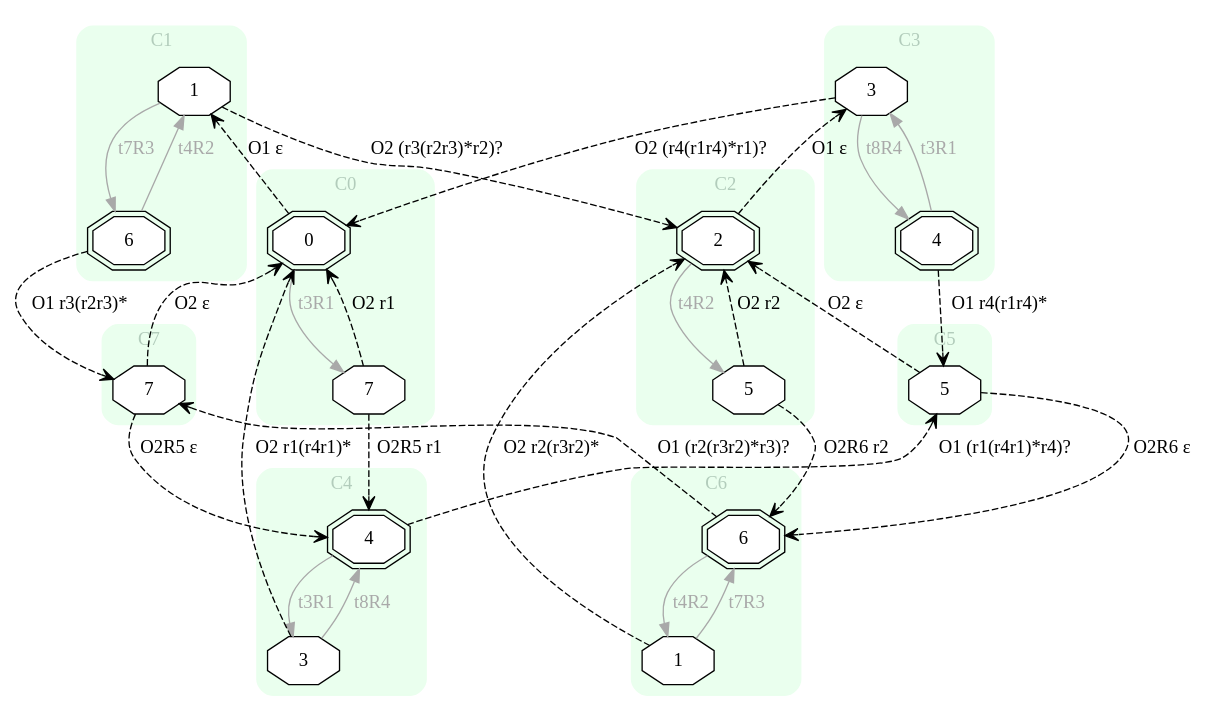
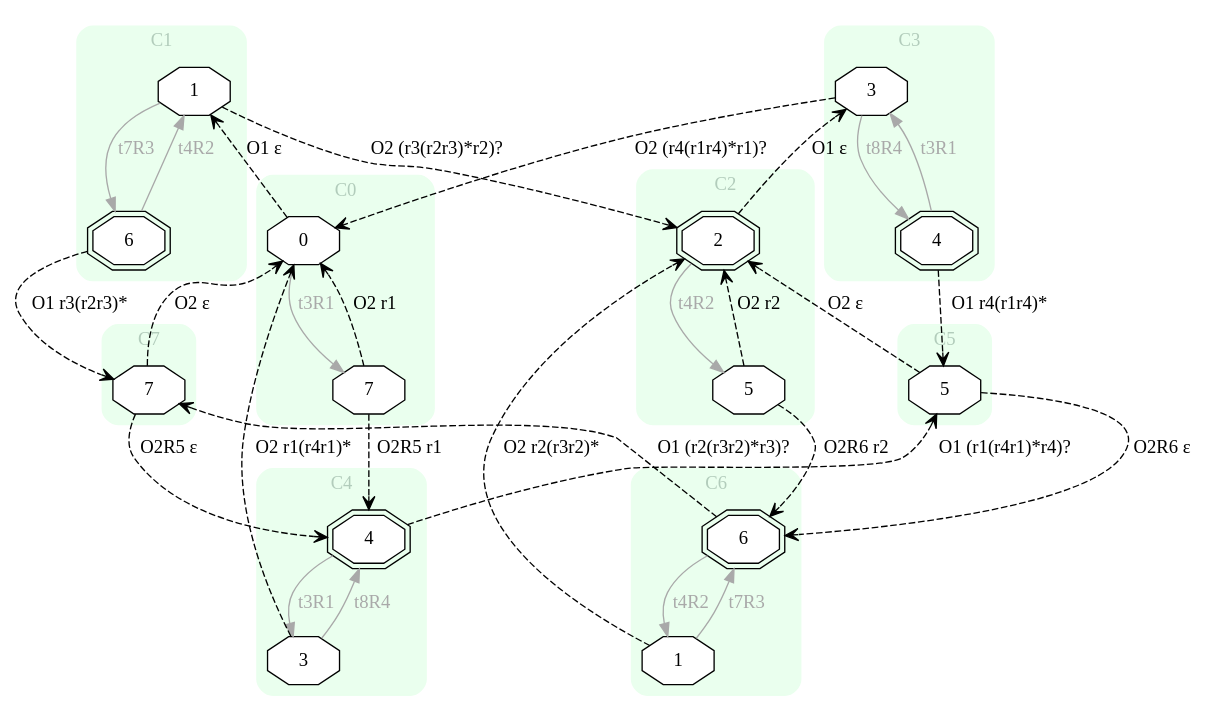
The diagram in input/s2_EXP.dot (Stefano-BS/Explanatory-Diagnosis), drawn with Graphviz before and after one commit. The commit also changed 35 other files, not shown here.

```diff
--- a/input/s2_EXP.dot
+++ b/input/s2_EXP.dot
@@ -1,77 +1,77 @@
 digraph "EXPinput/s2" {
 node [style=filled fillcolor=white]
 subgraph cluster0 {
 style="rounded,filled" label="C0" fontcolor="#B2CCBB" color="#EAFFEE"
 edge[color=darkgray fontcolor=darkgray]
-node [shape=doubleoctagon]; C0S0 [label=0];
+node [shape=octagon]; C0S0 [label=0];
 node [shape=octagon]; C0S7 [label=7];
 C0S0 -> C0S7 [label=t3R1]
 }
 subgraph cluster1 {
 style="rounded,filled" label="C1" fontcolor="#B2CCBB" color="#EAFFEE"
 edge[color=darkgray fontcolor=darkgray]
 node [shape=octagon]; C1S1 [label=1];
 node [shape=doubleoctagon]; C1S6 [label=6];
 C1S1 -> C1S6 [label=t7R3]
 C1S6 -> C1S1 [label=t4R2]
 }
 subgraph cluster2 {
 style="rounded,filled" label="C2" fontcolor="#B2CCBB" color="#EAFFEE"
 edge[color=darkgray fontcolor=darkgray]
 node [shape=doubleoctagon]; C2S2 [label=2];
 node [shape=octagon]; C2S5 [label=5];
 C2S2 -> C2S5 [label=t4R2]
 }
 subgraph cluster3 {
 style="rounded,filled" label="C3" fontcolor="#B2CCBB" color="#EAFFEE"
 edge[color=darkgray fontcolor=darkgray]
 node [shape=octagon]; C3S3 [label=3];
 node [shape=doubleoctagon]; C3S4 [label=4];
 C3S3 -> C3S4 [label=t8R4]
 C3S4 -> C3S3 [label=t3R1]
 }
 subgraph cluster4 {
 style="rounded,filled" label="C4" fontcolor="#B2CCBB" color="#EAFFEE"
 edge[color=darkgray fontcolor=darkgray]
 node [shape=doubleoctagon]; C4S4 [label=4];
 node [shape=octagon]; C4S3 [label=3];
 C4S4 -> C4S3 [label=t3R1]
 C4S3 -> C4S4 [label=t8R4]
 }
 subgraph cluster5 {
 style="rounded,filled" label="C5" fontcolor="#B2CCBB" color="#EAFFEE"
 edge[color=darkgray fontcolor=darkgray]
 node [shape=octagon]; C5S5 [label=5];
 }
 subgraph cluster6 {
 style="rounded,filled" label="C6" fontcolor="#B2CCBB" color="#EAFFEE"
 edge[color=darkgray fontcolor=darkgray]
 node [shape=doubleoctagon]; C6S6 [label=6];
 node [shape=octagon]; C6S1 [label=1];
 C6S6 -> C6S1 [label=t4R2]
 C6S1 -> C6S6 [label=t7R3]
 }
 subgraph cluster7 {
 style="rounded,filled" label="C7" fontcolor="#B2CCBB" color="#EAFFEE"
 edge[color=darkgray fontcolor=darkgray]
 node [shape=octagon]; C7S7 [label=7];
 }
 C0S0 -> C1S1 [style=dashed arrowhead=vee label="O1 ε"]
 C0S7 -> C4S4 [style=dashed arrowhead=vee label="O2R5 r1"]
 C0S7 -> C0S0 [style=dashed arrowhead=vee label="O2 r1"]
 C1S1 -> C2S2 [style=dashed arrowhead=vee label="O2 (r3(r2r3)*r2)?"]
 C1S6 -> C7S7 [style=dashed arrowhead=vee label="O1 r3(r2r3)*"]
 C2S2 -> C3S3 [style=dashed arrowhead=vee label="O1 ε"]
 C2S5 -> C6S6 [style=dashed arrowhead=vee label="O2R6 r2"]
 C2S5 -> C2S2 [style=dashed arrowhead=vee label="O2 r2"]
 C3S3 -> C0S0 [style=dashed arrowhead=vee label="O2 (r4(r1r4)*r1)?"]
 C3S4 -> C5S5 [style=dashed arrowhead=vee label="O1 r4(r1r4)*"]
 C4S4 -> C5S5 [style=dashed arrowhead=vee label="O1 (r1(r4r1)*r4)?"]
 C4S3 -> C0S0 [style=dashed arrowhead=vee label="O2 r1(r4r1)*"]
 C5S5 -> C6S6 [style=dashed arrowhead=vee label="O2R6 ε"]
 C5S5 -> C2S2 [style=dashed arrowhead=vee label="O2 ε"]
 C6S6 -> C7S7 [style=dashed arrowhead=vee label="O1 (r2(r3r2)*r3)?"]
 C6S1 -> C2S2 [style=dashed arrowhead=vee label="O2 r2(r3r2)*"]
 C7S7 -> C4S4 [style=dashed arrowhead=vee label="O2R5 ε"]
 C7S7 -> C0S0 [style=dashed arrowhead=vee label="O2 ε"]
 }
```
